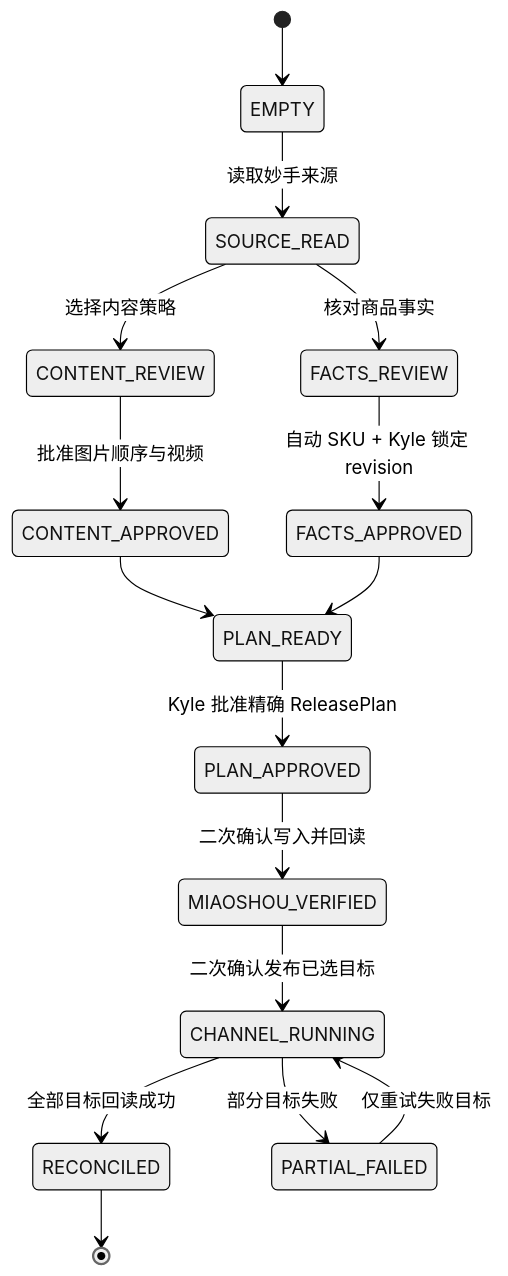
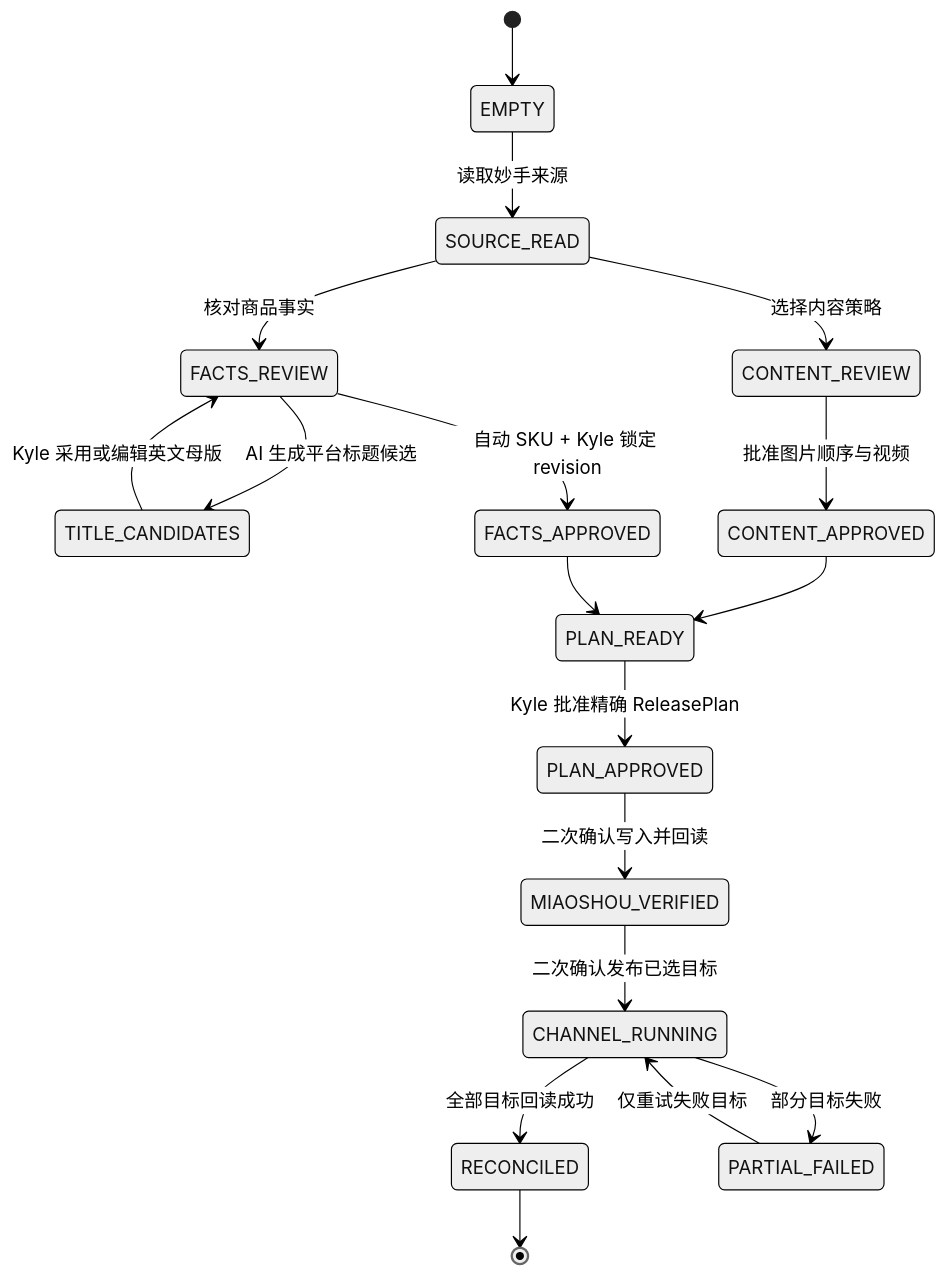
One commit to Kylebit/tiktok_e_comm changed the first of 2 diagrams in docs/PRODUCT_RELEASE_V1.md. Above: the diagram before and after it, drawn with Mermaid (neutral theme). The commit also changed other lines of this file and 16 other files, not shown here.

````diff
--- a/docs/PRODUCT_RELEASE_V1.md
+++ b/docs/PRODUCT_RELEASE_V1.md
@@ -87,18 +89,20 @@
 ```mermaid
 stateDiagram-v2
     [*] --> EMPTY
     EMPTY --> SOURCE_READ: 读取妙手来源
     SOURCE_READ --> CONTENT_REVIEW: 选择内容策略
     SOURCE_READ --> FACTS_REVIEW: 核对商品事实
+    FACTS_REVIEW --> TITLE_CANDIDATES: AI 生成平台标题候选
+    TITLE_CANDIDATES --> FACTS_REVIEW: Kyle 采用或编辑英文母版
     CONTENT_REVIEW --> CONTENT_APPROVED: 批准图片顺序与视频
     FACTS_REVIEW --> FACTS_APPROVED: 自动 SKU + Kyle 锁定 revision
     CONTENT_APPROVED --> PLAN_READY
     FACTS_APPROVED --> PLAN_READY
     PLAN_READY --> PLAN_APPROVED: Kyle 批准精确 ReleasePlan
     PLAN_APPROVED --> MIAOSHOU_VERIFIED: 二次确认写入并回读
     MIAOSHOU_VERIFIED --> CHANNEL_RUNNING: 二次确认发布已选目标
     CHANNEL_RUNNING --> RECONCILED: 全部目标回读成功
     CHANNEL_RUNNING --> PARTIAL_FAILED: 部分目标失败
     PARTIAL_FAILED --> CHANNEL_RUNNING: 仅重试失败目标
     RECONCILED --> [*]
 ```
````
